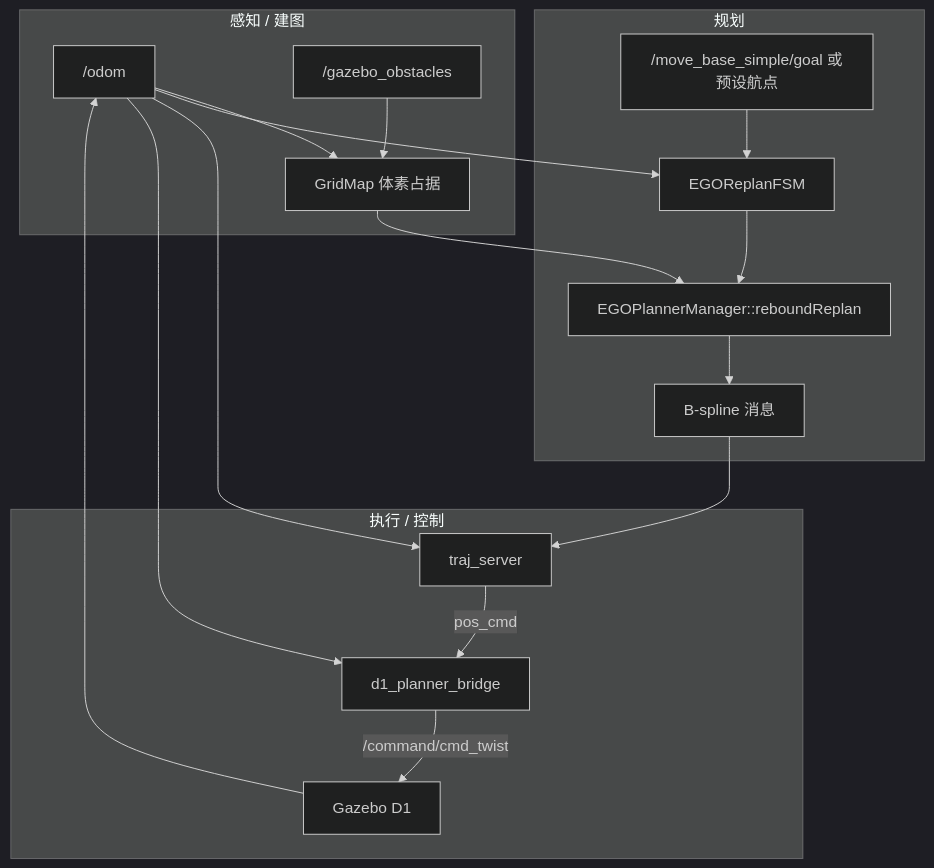
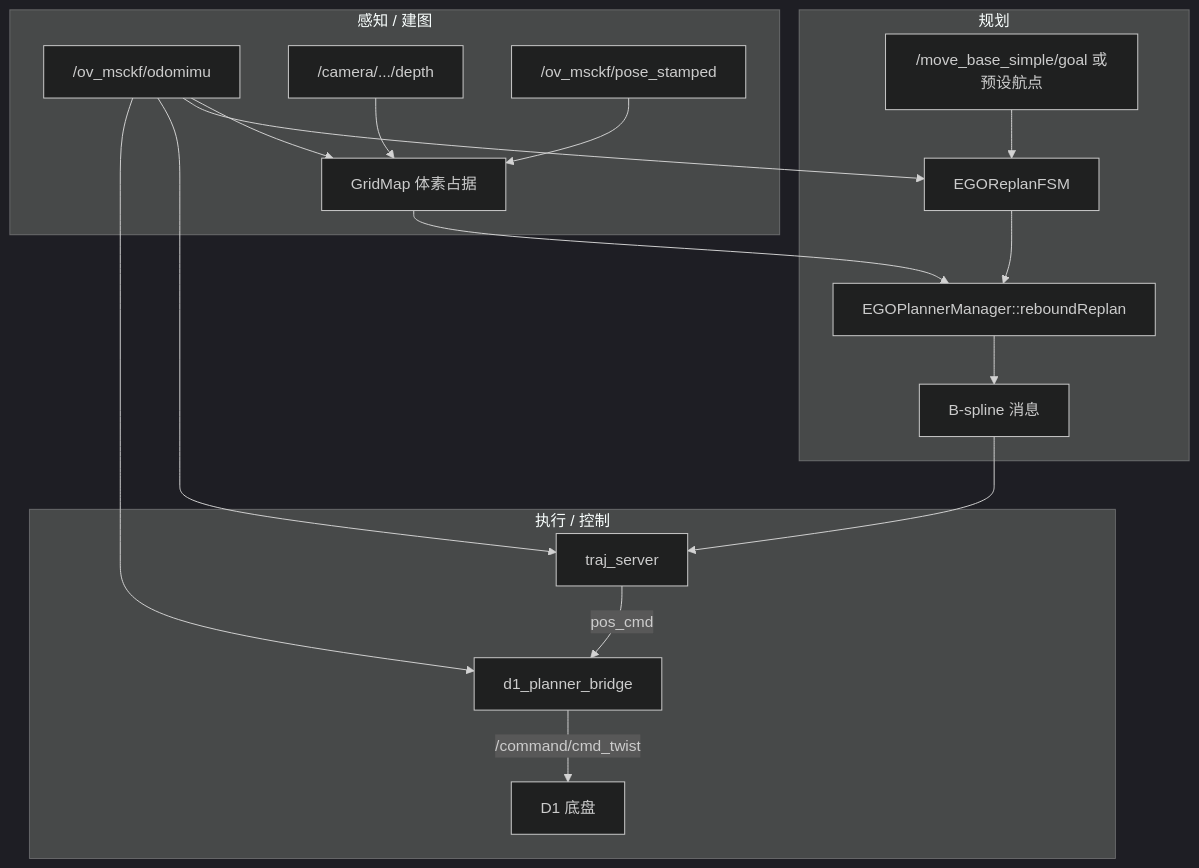
Before and after one commit to h6angel/d1pro: the first of 3 diagrams in docs/00_overview.md, drawn with Mermaid (dark theme). The commit also changed other lines of this file and 13 other files, not shown here.

````diff
--- a/docs/00_overview.md
+++ b/docs/00_overview.md
@@ -14,33 +14,34 @@
 ```mermaid
 flowchart TB
   subgraph perception["感知 / 建图"]
-    Odom["/odom"]
-    Cloud["/gazebo_obstacles"]
+    Odom["/ov_msckf/odomimu"]
+    Depth["/camera/.../depth"]
+    Pose["/ov_msckf/pose_stamped"]
     GM["GridMap 体素占据"]
     Odom --> GM
-    Cloud --> GM
+    Depth --> GM
+    Pose --> GM
   end
 
   subgraph planning["规划"]
     Goal["/move_base_simple/goal 或预设航点"]
     FSM["EGOReplanFSM"]
     PM["EGOPlannerManager::reboundReplan"]
     Odom --> FSM
     Goal --> FSM
     GM --> PM
     FSM --> PM
     PM --> BS["B-spline 消息"]
   end
 
   subgraph execution["执行 / 控制"]
     TS["traj_server"]
     BR["d1_planner_bridge"]
-    Gazebo["Gazebo D1"]
+    Robot["D1 底盘"]
     BS --> TS
     Odom --> TS
     TS -->|pos_cmd| BR
     Odom --> BR
-    BR -->|/command/cmd_twist| Gazebo
-    Gazebo --> Odom
+    BR -->|/command/cmd_twist| Robot
   end
 ```
````
